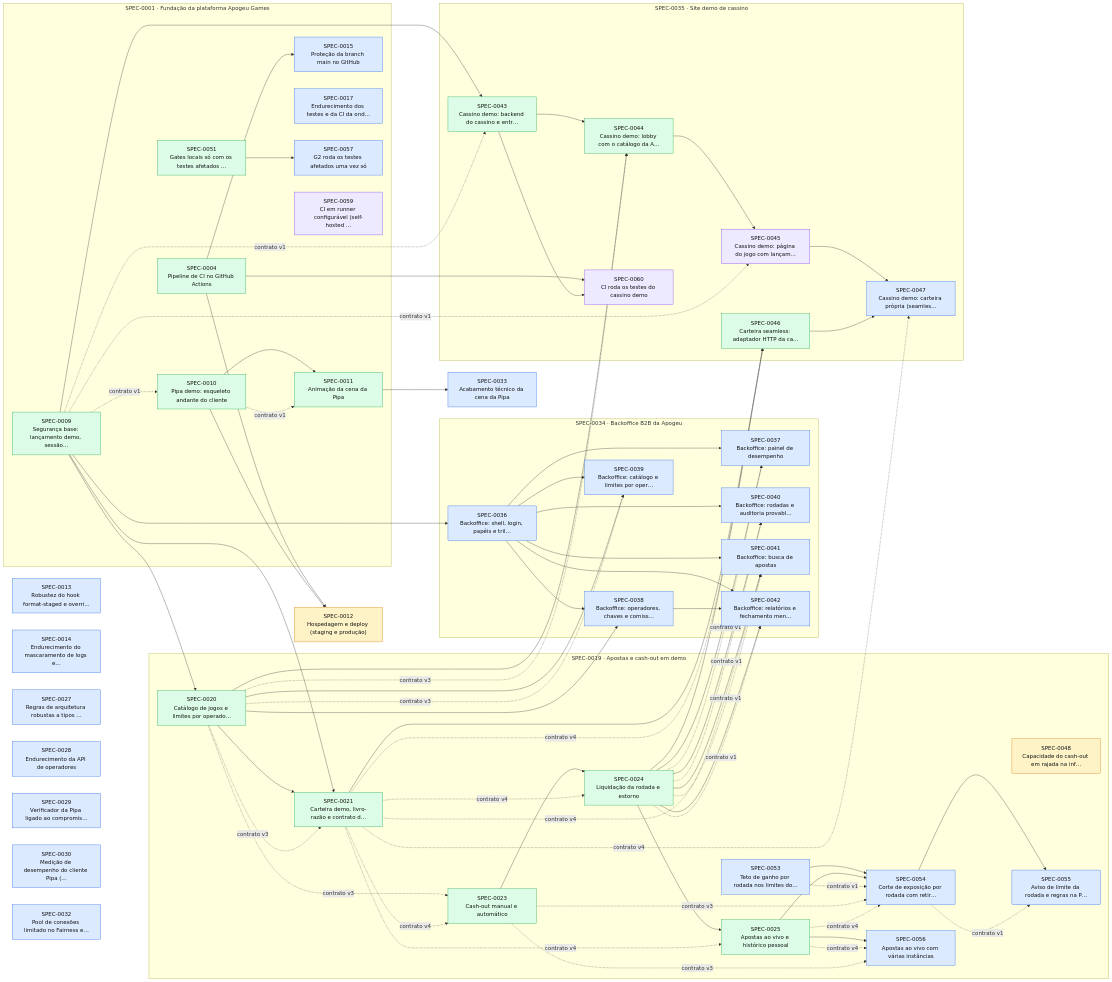
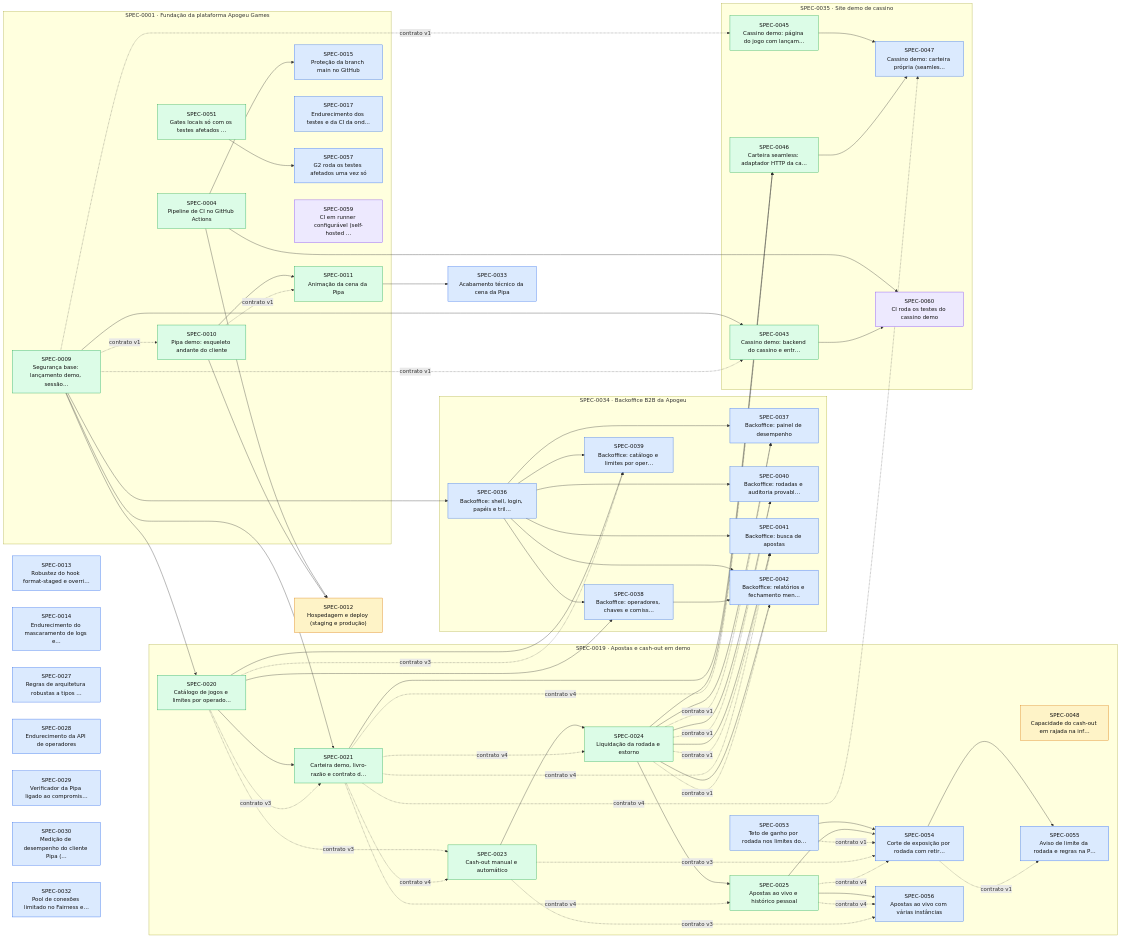
Before and after one commit to thomasravache/crash-games-provider: the diagram in docs/specs/INDEX.md, drawn with Mermaid. The commit also changed other lines of this file and 1 other file, not shown here.

First line of the commit message:
docs(sdd): G7 da SPEC-0045 (implementada)

```diff
--- a/docs/specs/INDEX.md
+++ b/docs/specs/INDEX.md
@@ -138,8 +137,7 @@
   end
   subgraph E0035["SPEC-0035 · Site demo de cassino"]
     S0043["SPEC-0043<br/>Cassino demo: backend do cassino e entr…"]:::implemented
-    S0044["SPEC-0044<br/>Cassino demo: lobby com o catálogo da A…"]:::implemented
-    S0045["SPEC-0045<br/>Cassino demo: página do jogo com lançam…"]:::inprogress
+    S0045["SPEC-0045<br/>Cassino demo: página do jogo com lançam…"]:::implemented
     S0046["SPEC-0046<br/>Carteira seamless: adaptador HTTP da ca…"]:::implemented
     S0047["SPEC-0047<br/>Cassino demo: carteira própria (seamles…"]:::approved
     S0060["SPEC-0060<br/>CI roda os testes do cassino demo"]:::inprogress
@@ -183,10 +181,6 @@
   S0024 -. contrato v1 .-> S0042
   S0009 --> S0043
   S0009 -. contrato v1 .-> S0043
-  S0043 --> S0044
-  S0020 --> S0044
-  S0020 -. contrato v3 .-> S0044
-  S0044 --> S0045
   S0009 -. contrato v1 .-> S0045
   S0021 --> S0046
   S0024 --> S0046
```
